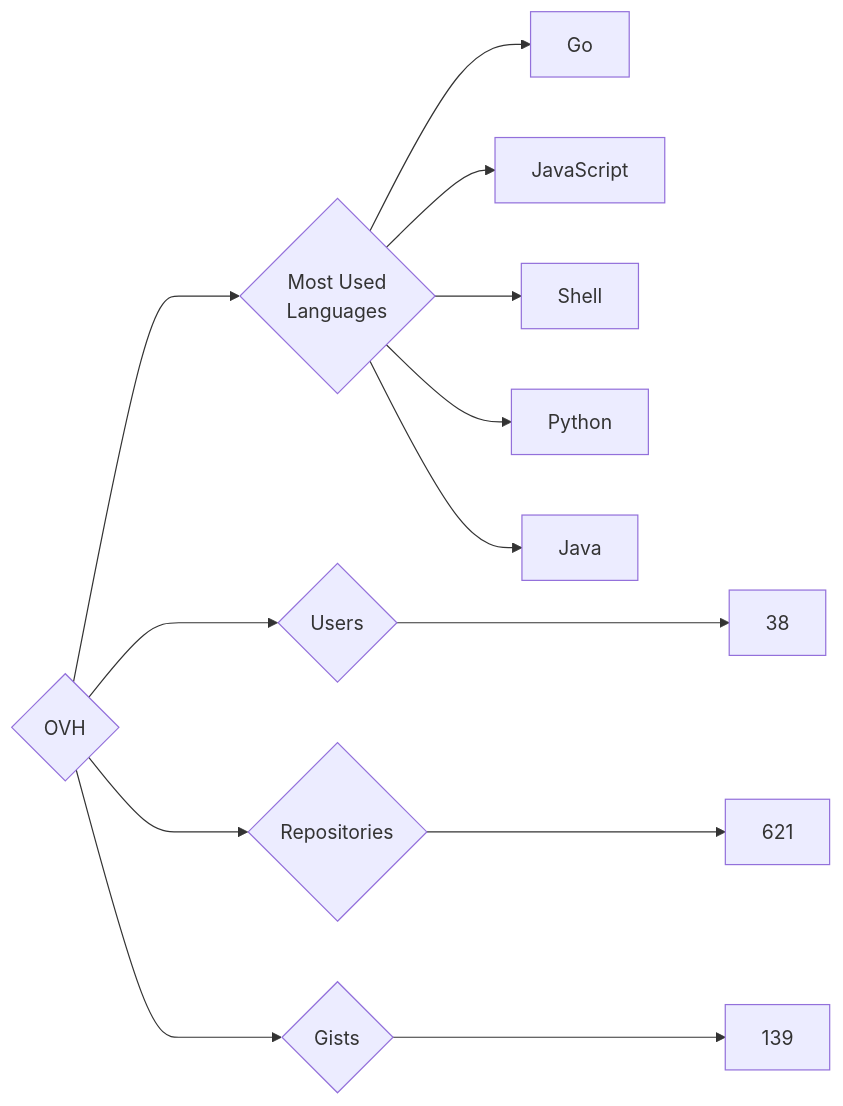
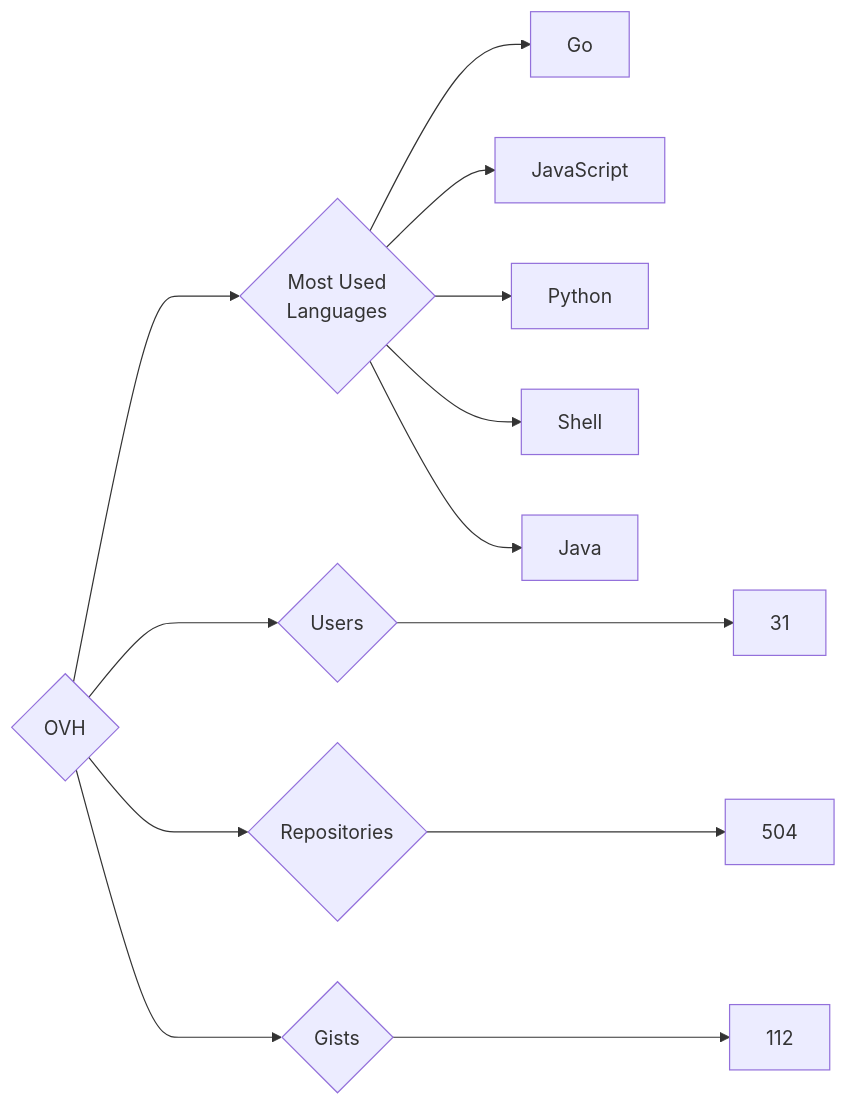
One commit to trickest/insiders changed the diagram in targets/OVH/README.md. Above: the diagram before and after it, drawn with Mermaid. The commit also changed 787 other files, not shown here.

````diff
--- a/targets/OVH/README.md
+++ b/targets/OVH/README.md
@@ -3,13 +3,13 @@
 ```mermaid
 graph LR
 COMPANY_NAME{OVH}
-COMPANY_NAME ---> U{Users} ---> UN[38]
-COMPANY_NAME ---> R{Repositories} ---> RN[621]
-COMPANY_NAME ---> G{Gists} ---> GN[139]
+COMPANY_NAME ---> U{Users} ---> UN[31]
+COMPANY_NAME ---> R{Repositories} ---> RN[504]
+COMPANY_NAME ---> G{Gists} ---> GN[112]
 COMPANY_NAME ---> ML{Most Used<br>Languages}
 ML --> Go[Go]
 ML --> JavaScript[JavaScript]
+ML --> Python[Python]
 ML --> Shell[Shell]
-ML --> Python[Python]
 ML --> Java[Java]
 ```
````
